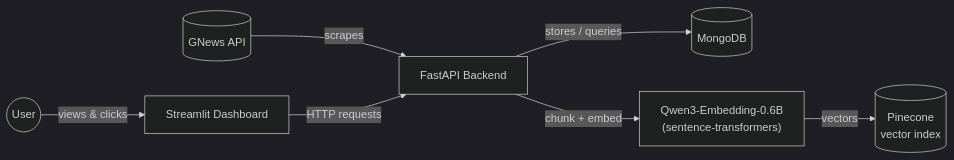
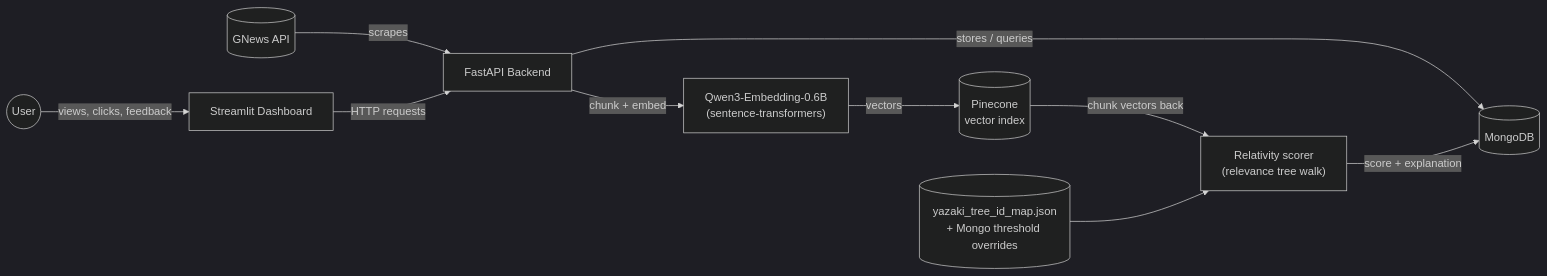
The diagram in Readme.md (yassinembasskar/news-scraper-ymo), drawn with Mermaid (dark theme) before and after one commit. The commit also changed other lines of this file and 23 other files, not shown here.

Commit message:
finalization of the process of relativity scoring with active feedback updating the theresholds of the relativity scores, including all in Readme all and fixing a strange behavior in docker-restore

````diff
--- a/Readme.md
+++ b/Readme.md
@@ -40,9 +44,12 @@
 ```mermaid
 flowchart LR
     GNews[("GNews API")] -->|scrapes| Backend["FastAPI Backend"]
     Backend -->|stores / queries| Mongo[("MongoDB")]
     Backend -->|chunk + embed| Model["Qwen3-Embedding-0.6B\n(sentence-transformers)"]
     Model -->|vectors| Pinecone[("Pinecone\nvector index")]
+    Pinecone -->|chunk vectors back| Scorer["Relativity scorer\n(relevance tree walk)"]
+    Tree[("yazaki_tree_id_map.json\n+ Mongo threshold overrides")] --> Scorer
+    Scorer -->|score + explanation| Mongo
     Frontend["Streamlit Dashboard"] -->|HTTP requests| Backend
-    User(("User")) -->|views & clicks| Frontend
+    User(("User")) -->|views, clicks, feedback| Frontend
 ```
````
